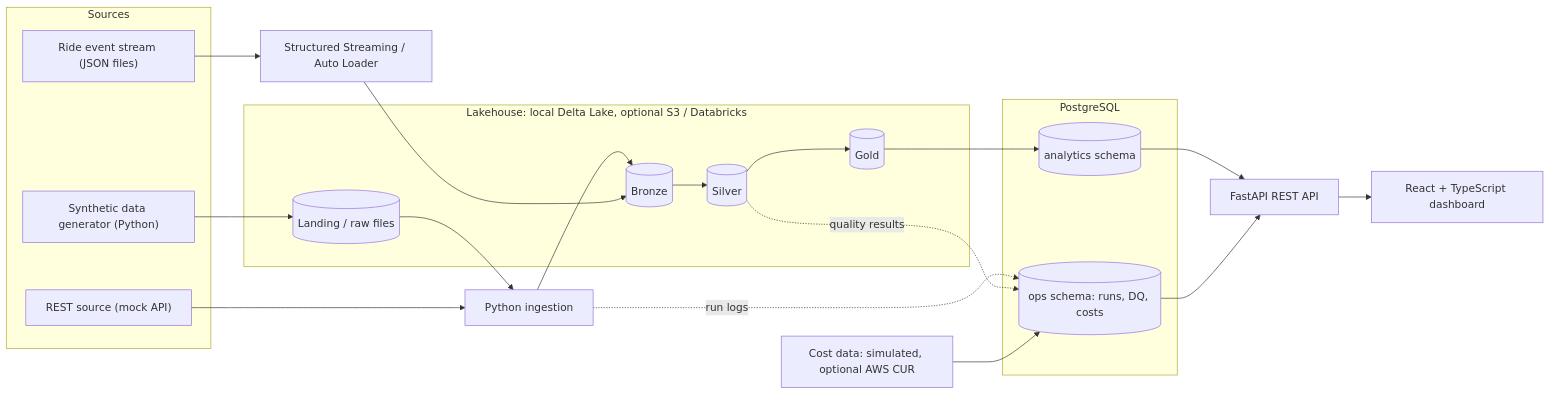
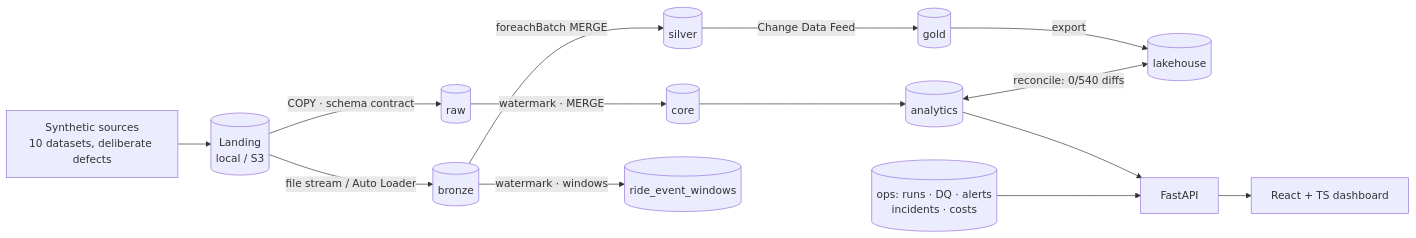
One commit to chandramoulikunchala9-stack/rideops-data-platform changed the diagram in README.md. Above: the diagram before and after it, drawn with Mermaid. The commit also changed other lines of this file and 11 other files, not shown here.

Commit message:
docs: add architecture, data flow, troubleshooting, README rewrite and screenshots

````diff
--- a/README.md
+++ b/README.md
@@ -29,35 +29,16 @@
 ```mermaid
 flowchart LR
-    subgraph Sources
-        GEN["Synthetic data generator (Python)"]
-        RESTSRC["REST source (mock API)"]
-        EVT["Ride event stream (JSON files)"]
-    end
-
-    subgraph Lakehouse["Lakehouse: local Delta Lake, optional S3 / Databricks"]
-        LAND[("Landing / raw files")]
-        BRZ[("Bronze")]
-        SLV[("Silver")]
-        GLD[("Gold")]
-    end
-
-    subgraph Postgres["PostgreSQL"]
-        SERVE[("analytics schema")]
-        OPS[("ops schema: runs, DQ, costs")]
-    end
-
-    GEN --> LAND
-    RESTSRC --> ING["Python ingestion"]
-    LAND --> ING
-    ING --> BRZ
-    EVT --> STRM["Structured Streaming / Auto Loader"]
-    STRM --> BRZ
-    BRZ --> SLV --> GLD
-    GLD --> SERVE
-    ING -. run logs .-> OPS
-    SLV -. quality results .-> OPS
-    COST["Cost data: simulated, optional AWS CUR"] --> OPS
-    SERVE --> API["FastAPI REST API"]
-    OPS --> API
-    API --> UI["React + TypeScript dashboard"]
+    GEN["Synthetic sources<br/>10 datasets, deliberate defects"] --> LAND[("Landing<br/>local / S3")]
+    LAND -->|"COPY · schema contract"| RAW[("raw")]
+    RAW -->|"watermark · MERGE"| CORE[("core")]
+    CORE --> GOLD1[("analytics")]
+    LAND -->|"file stream / Auto Loader"| BRZ[("bronze")]
+    BRZ -->|"foreachBatch MERGE"| SLV[("silver")]
+    SLV -->|"Change Data Feed"| GOLD2[("gold")]
+    BRZ -->|"watermark · windows"| WIN[("ride_event_windows")]
+    GOLD2 -->|"export"| LH[("lakehouse")]
+    GOLD1 <-->|"reconcile: 0/540 diffs"| LH
+    GOLD1 --> API["FastAPI"]
+    OPS[("ops: runs · DQ · alerts<br/>incidents · costs")] --> API
+    API --> UI["React + TS dashboard"]
 ```
````
